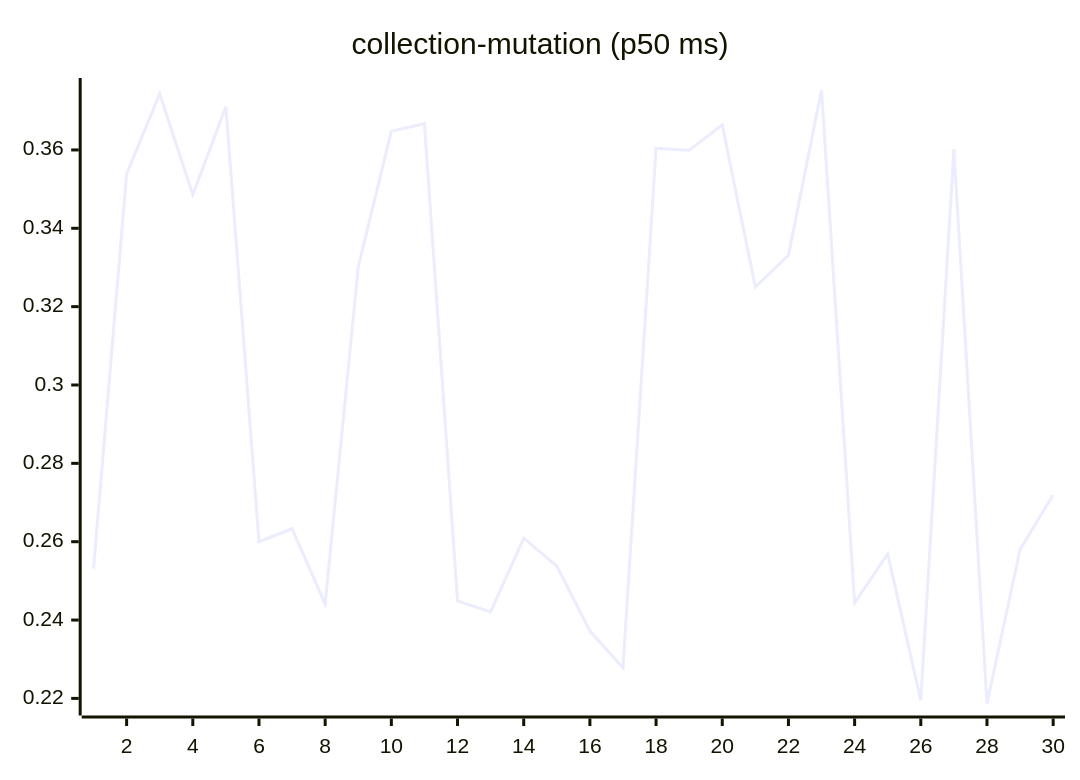
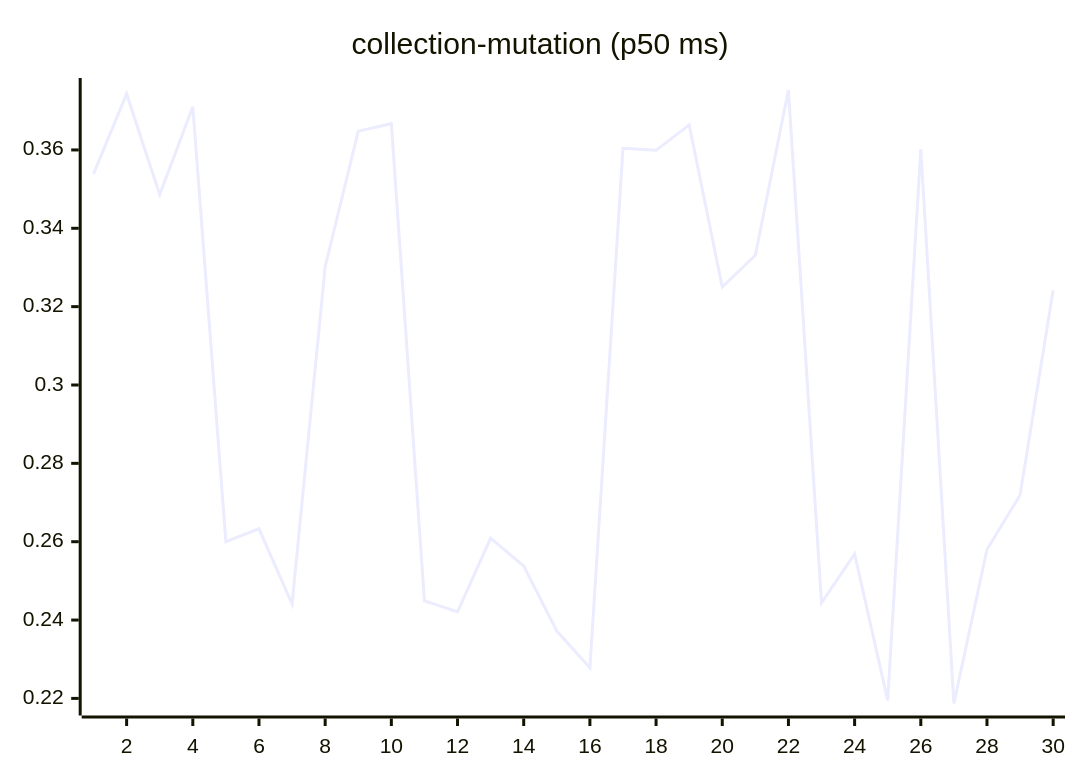
Before and after one commit to josha/Facet: the sixth of 27 diagrams in README.md, drawn with Mermaid. The commit also changed other lines of this file and 2 other files, not shown here.

````diff
--- a/README.md
+++ b/README.md
@@ -98,6 +98,6 @@
 ```mermaid
 xychart-beta
     title "collection-mutation (p50 ms)"
     x-axis 1 --> 30
-    line [0.2531, 0.3539, 0.3743, 0.3486, 0.3710, 0.2600, 0.2633, 0.2441, 0.3302, 0.3648, 0.3667, 0.2449, 0.2421, 0.2609, 0.2538, 0.2372, 0.2278, 0.3604, 0.3599, 0.3664, 0.3250, 0.3331, 0.3753, 0.2444, 0.2569, 0.2195, 0.3602, 0.2187, 0.2580, 0.2719]
+    line [0.3539, 0.3743, 0.3486, 0.3710, 0.2600, 0.2633, 0.2441, 0.3302, 0.3648, 0.3667, 0.2449, 0.2421, 0.2609, 0.2538, 0.2372, 0.2278, 0.3604, 0.3599, 0.3664, 0.3250, 0.3331, 0.3753, 0.2444, 0.2569, 0.2195, 0.3602, 0.2187, 0.2580, 0.2719, 0.3242]
 ```
````
